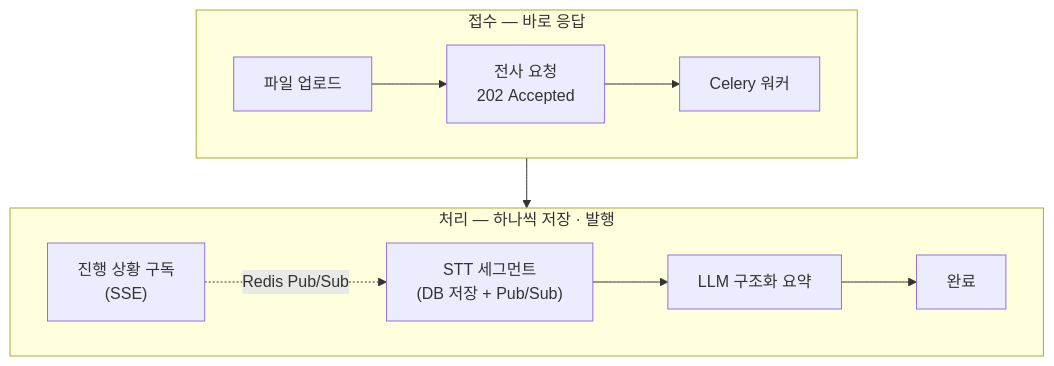
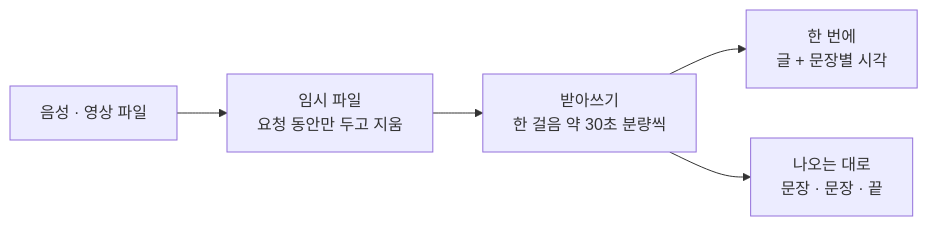
Before and after one commit to 06171002/06171002.github.io: the diagram in src/content/features/stt/batch-transcription/diagram-1.mmd, drawn with Mermaid. The commit also changed 72 other files, not shown here.

First line of the commit message:
feat: STT 프로젝트를 사내 받아쓰기·요약 서비스 기준으로 — 카드 4장

```diff
--- a/src/content/features/stt/batch-transcription/diagram-1.mmd
+++ b/src/content/features/stt/batch-transcription/diagram-1.mmd
@@ -1,11 +1,5 @@
-flowchart TB
-    subgraph req["접수 — 바로 응답"]
-        direction LR
-        UP["파일 업로드"] --> API["전사 요청<br/>202 Accepted"] --> CEL["Celery 워커"]
-    end
-    subgraph run["처리 — 하나씩 저장 · 발행"]
-        direction LR
-        STT["STT 세그먼트<br/>(DB 저장 + Pub/Sub)"] --> LLM["LLM 구조화 요약"] --> DONE["완료"]
-        SSE["진행 상황 구독<br/>(SSE)"] -.->|"Redis Pub/Sub"| STT
-    end
-    req --> run
+flowchart LR
+    f["음성 · 영상 파일"] --> t["임시 파일<br/>요청 동안만 두고 지움"]
+    t --> w["받아쓰기<br/>한 걸음 약 30초 분량씩"]
+    w --> one["한 번에<br/>글 + 문장별 시각"]
+    w --> sse["나오는 대로<br/>문장 · 문장 · 끝"]
```
